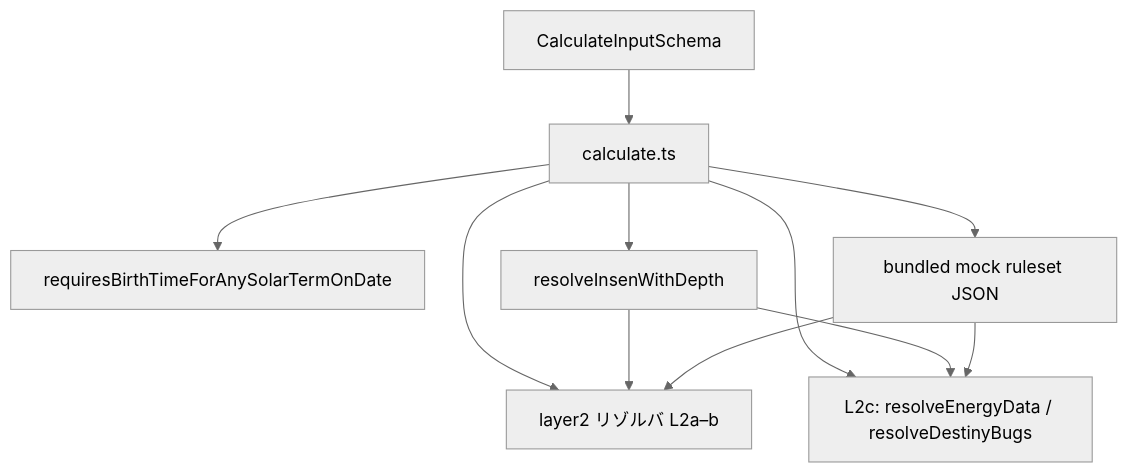
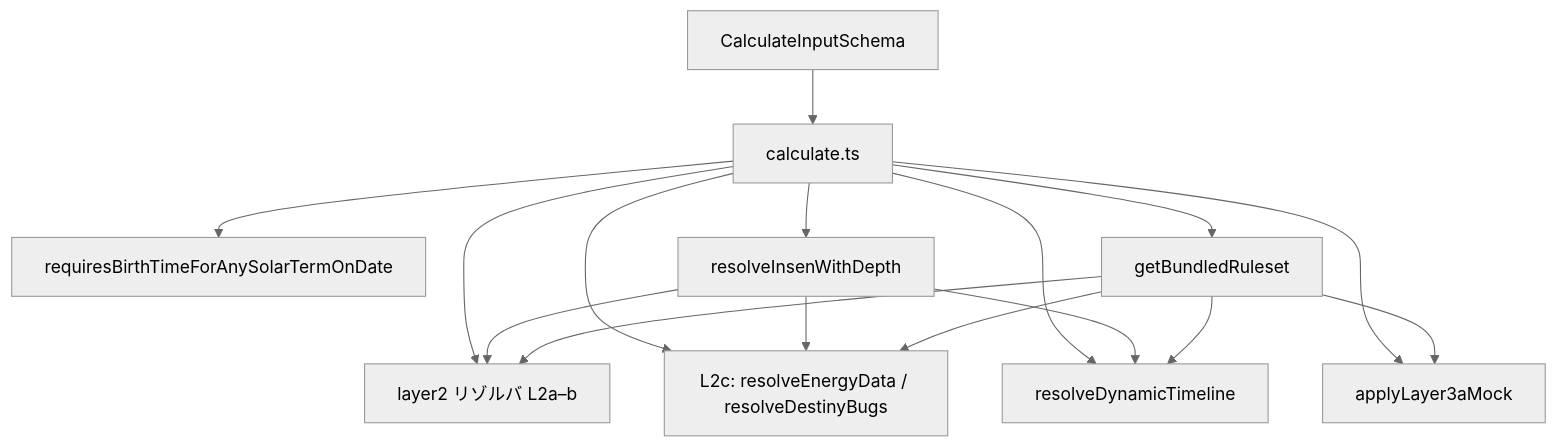
One commit to DukeGomadango/sanmei-core changed the fifth of 7 diagrams in Docs/IMPLEMENTATION.md. Above: the diagram before and after it, drawn with Mermaid (neutral theme). The commit also changed other lines of this file and 27 other files, not shown here.

First line of the commit message:
feat(sanmei-core): CI・dynamicTimeline・rulesetレジストリ・Layer3スタブを追加

````diff
--- a/Docs/IMPLEMENTATION.md
+++ b/Docs/IMPLEMENTATION.md
@@ -128,20 +128,27 @@
 ```mermaid
 flowchart TB
   in[CalculateInputSchema]
   calc[calculate.ts]
   req[requiresBirthTimeForAnySolarTermOnDate]
   d1[resolveInsenWithDepth]
-  rs[bundled mock ruleset JSON]
+  rs[getBundledRuleset]
   l2[layer2 リゾルバ L2a–b]
   l2c[L2c: resolveEnergyData / resolveDestinyBugs]
+  dt[resolveDynamicTimeline]
+  l3a[applyLayer3aMock]
   in --> calc
   calc --> req
   calc --> d1
   calc --> rs
   calc --> l2
   calc --> l2c
+  calc --> dt
+  calc --> l3a
   d1 --> l2
   d1 --> l2c
+  d1 --> dt
   rs --> l2
   rs --> l2c
+  rs --> dt
+  rs --> l3a
 ```
````
